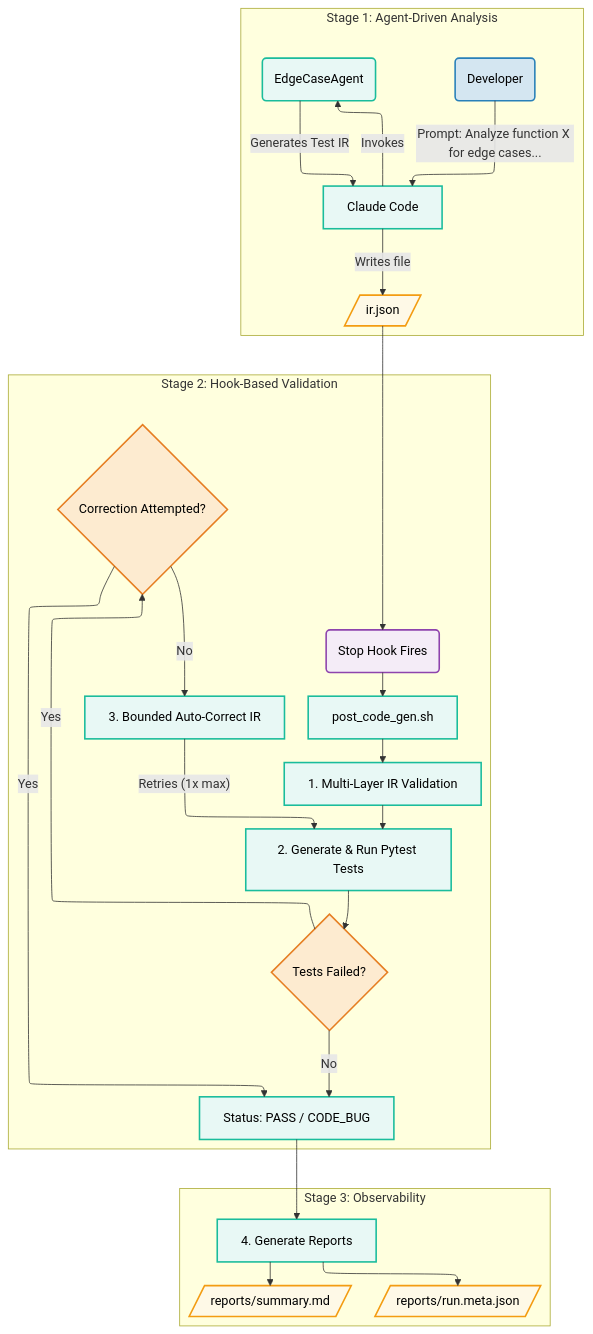
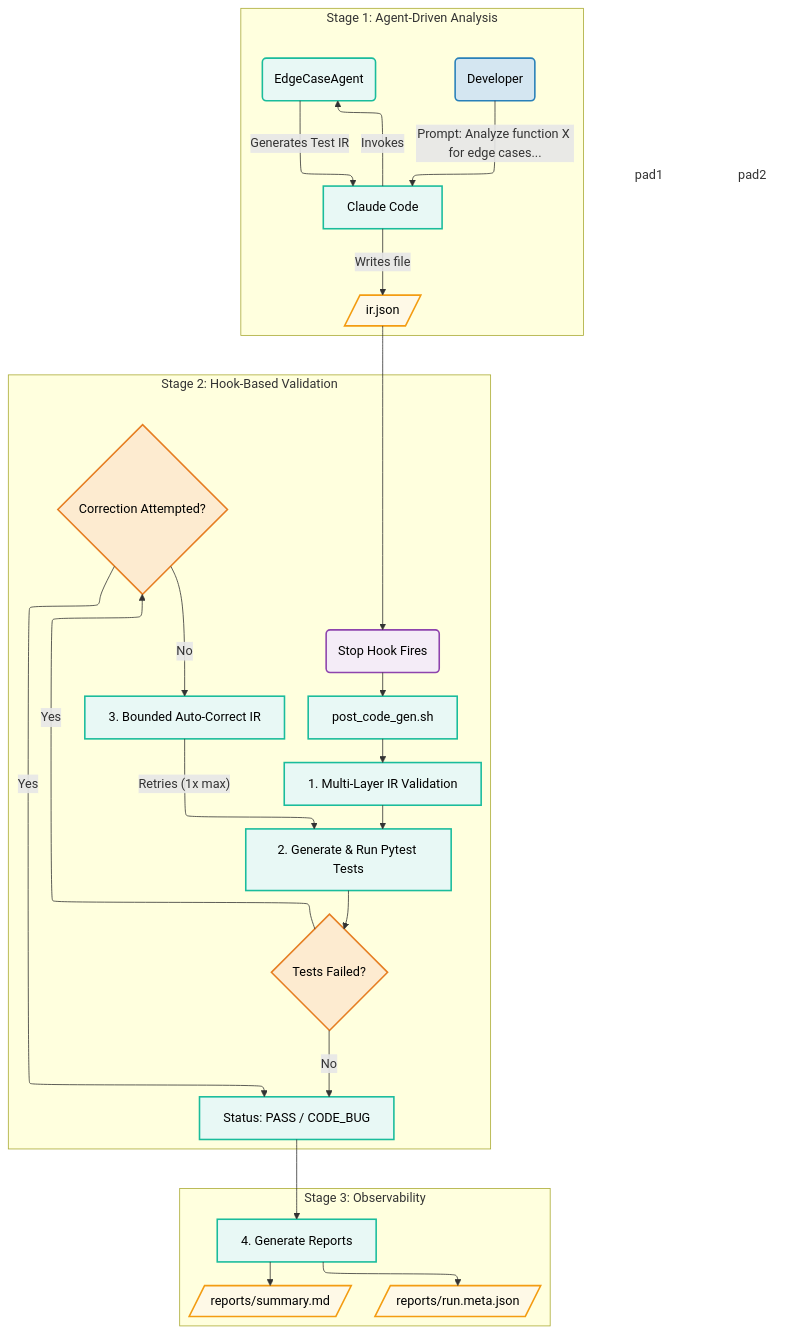
Before and after one commit to abean23/claude-code-agent-hooks: the diagram in docs/main-guide.md, drawn with Mermaid. The commit also changed 1 other file, not shown here.

Commit message:
Submission note updates

````diff
--- a/docs/main-guide.md
+++ b/docs/main-guide.md
@@ -144,72 +144,70 @@
 ```mermaid
 %%{init: { "flowchart": { "defaultRenderer": "elk" } } }%%
 flowchart TD
     %% Define Styles for different node types
     classDef actor fill:#d4e6f1,stroke:#2980b9,stroke-width:2px;
     classDef file fill:#fef9e7,stroke:#f39c12,stroke-width:2px;
     classDef process fill:#e8f8f5,stroke:#1abc9c,stroke-width:2px;
     classDef hook fill:#f4ecf7,stroke:#8e44ad,stroke-width:2px;
     classDef decision fill:#fdebd0,stroke:#e67e22,stroke-width:2px;
 
     %% STAGE 1: Agent Interaction and IR Generation
     subgraph "Stage 1: Agent-Driven Analysis"
-        pad1((" "))
         A(Developer) -- "Prompt: Analyze function X for edge cases..." --> B[Claude Code]
         B -- Invokes --> C(EdgeCaseAgent)
         C -- Generates Test IR --> B
         B -- Writes file --> D[/ir.json/]
     end
 
     %% STAGE 2: Hook-Driven Validation & Correction
     subgraph "Stage 2: Hook-Based Validation"
-        pad2((" "))
         E(Stop Hook Fires) --> F[post_code_gen.sh]
         F --> G[1. Multi-Layer IR Validation]
         G --> H[2. Generate & Run Pytest Tests]
         H --> I{Tests Failed?}
         I -- No --> J[Status: PASS / CODE_BUG]
         I -- Yes --> K{Correction Attempted?}
         K -- No --> L[3. Bounded Auto-Correct IR]
         L -- Retries (1x max) --> H
         K -- Yes --> J
     end
 
     %% STAGE 3: Observability Reporting
     subgraph "Stage 3: Observability"
         J --> M[4. Generate Reports]
         M --> N[/reports/summary.md/]
         M --> O[/reports/run.meta.json/]
     end
     
     %% Link the Stages
     D --> E
     
     %% Apply the styles
     class A actor
     class D,N,O file
     class B,C,F,G,H,J,L,M process
     class E hook
     class I,K decision
 
     %% Force all text to black
     style A fill:#d4e6f1,stroke:#2980b9,stroke-width:2px,color:#000000
     style B fill:#e8f8f5,stroke:#1abc9c,stroke-width:2px,color:#000000
     style C fill:#e8f8f5,stroke:#1abc9c,stroke-width:2px,color:#000000
     style D fill:#fef9e7,stroke:#f39c12,stroke-width:2px,color:#000000
     style E fill:#f4ecf7,stroke:#8e44ad,stroke-width:2px,color:#000000
     style F fill:#e8f8f5,stroke:#1abc9c,stroke-width:2px,color:#000000
     style G fill:#e8f8f5,stroke:#1abc9c,stroke-width:2px,color:#000000
     style H fill:#e8f8f5,stroke:#1abc9c,stroke-width:2px,color:#000000
     style I fill:#fdebd0,stroke:#e67e22,stroke-width:2px,color:#000000
     style J fill:#e8f8f5,stroke:#1abc9c,stroke-width:2px,color:#000000
     style K fill:#fdebd0,stroke:#e67e22,stroke-width:2px,color:#000000
     style L fill:#e8f8f5,stroke:#1abc9c,stroke-width:2px,color:#000000
     style M fill:#e8f8f5,stroke:#1abc9c,stroke-width:2px,color:#000000
     style N fill:#fef9e7,stroke:#f39c12,stroke-width:2px,color:#000000
     style O fill:#fef9e7,stroke:#f39c12,stroke-width:2px,color:#000000
 
     %% Make the padding nodes invisible
     style pad1 fill:transparent,stroke:transparent,stroke-width:0px
     style pad2 fill:transparent,stroke:transparent,stroke-width:0px
 
 ```
````
